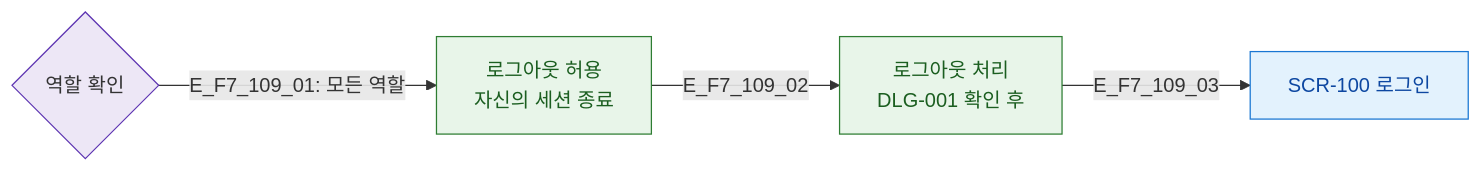
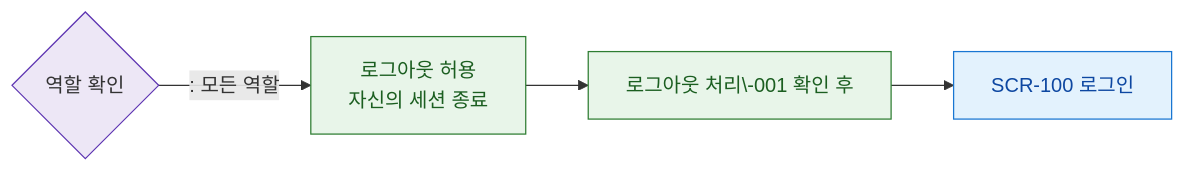
One commit to dev-spogym/admin-pando changed the diagram in docs/다이어그램/D01_공통/SCR-109_로그아웃/F7_권한.md. Above: the diagram before and after it, drawn with Mermaid. The commit also changed other lines of this file and 1660 other files, not shown here.

First line of the commit message:
다이어그램: 기획자/클라이언트 납품본으로 정리

````diff
--- a/docs/다이어그램/D01_공통/SCR-109_로그아웃/F7_권한.md
+++ b/docs/다이어그램/D01_공통/SCR-109_로그아웃/F7_권한.md
@@ -19,16 +17,16 @@
 ```mermaid
 flowchart LR
     ROLE{역할 확인}
 
-    ROLE -->|"E_F7_109_01: 모든 역할"| ALL[로그아웃 허용\n자신의 세션 종료]
+    ROLE -->|": 모든 역할"|ALL[로그아웃 허용\n자신의 세션 종료]
 
-    ALL -->|E_F7_109_02| ACT[로그아웃 처리\nDLG-001 확인 후]
-    ACT -->|E_F7_109_03| SCR_100[SCR-100 로그인]
+    ALL --> ACT[로그아웃 처리\-001 확인 후]
+    ACT --> SCR_100[SCR-100 로그인]
 
-    classDef screen  fill:#E3F2FD,stroke:#1976D2,color:#0D47A1
+    classDef screen fill:#E3F2FD,stroke:#1976D2,color:#0D47A1
     classDef success fill:#E8F5E9,stroke:#2E7D32,color:#1B5E20
-    classDef system  fill:#EDE7F6,stroke:#5E35B2
+    classDef system fill:#EDE7F6,stroke:#5E35B2
     class SCR_100 screen
     class ALL,ACT success
     class ROLE system
 ```
````
